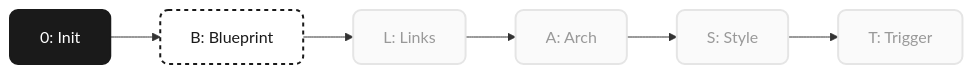
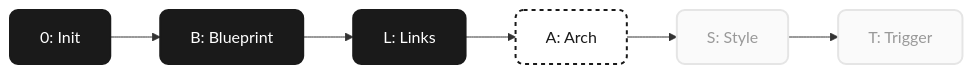
Before and after one commit to Flaegi/research-tool: the diagram in PROGRESS.md, drawn with Mermaid. The commit also changed other lines of this file and 13 other files, not shown here.

````diff
--- a/PROGRESS.md
+++ b/PROGRESS.md
@@ -6,8 +6,8 @@
 ```mermaid
 flowchart LR
-    P0[0: Init]:::done --> PB[B: Blueprint]:::active --> PL[L: Links]:::todo --> PA[A: Arch]:::todo --> PS[S: Style]:::todo --> PT[T: Trigger]:::todo
+    P0[0: Init]:::done --> PB[B: Blueprint]:::done --> PL[L: Links]:::done --> PA[A: Arch]:::active --> PS[S: Style]:::todo --> PT[T: Trigger]:::todo
     
     classDef done fill:#1a1a1a,stroke:#1a1a1a,color:#ffffff,stroke-width:2px,rx:8px,ry:8px;
     classDef active fill:#ffffff,stroke:#1a1a1a,color:#1a1a1a,stroke-width:2px,stroke-dasharray: 4 4,rx:8px,ry:8px;
     classDef todo fill:#fafafa,stroke:#e5e5e5,color:#999999,stroke-width:2px,rx:8px,ry:8px;
 ```
````
